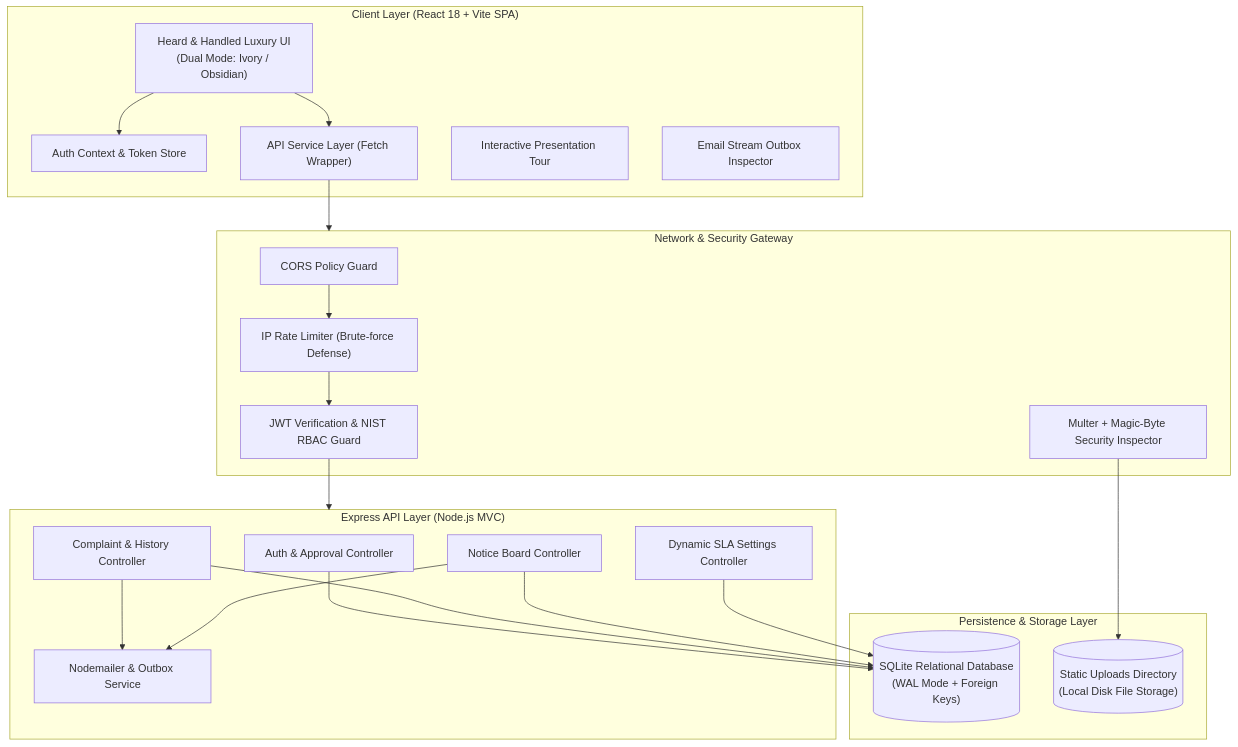
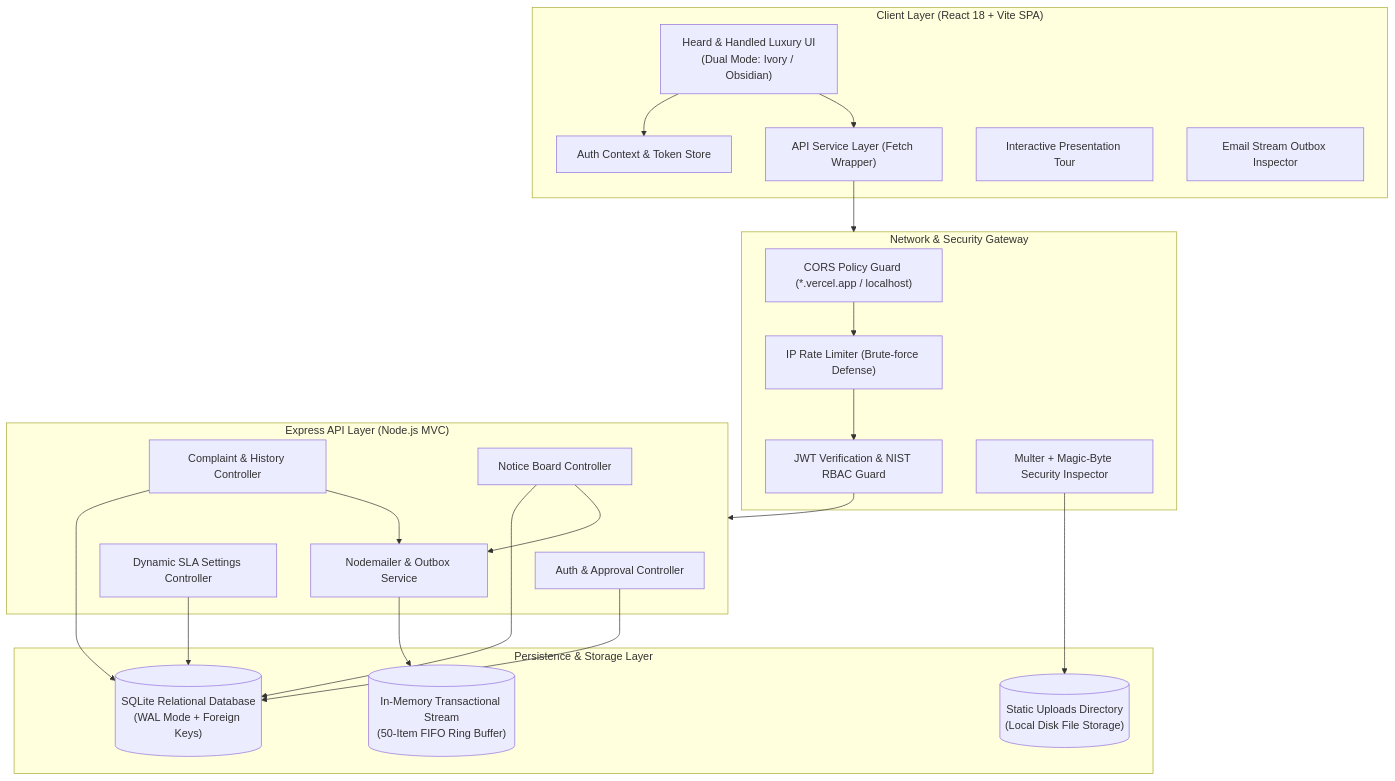
One commit to Ritesh-panda/society-maintenance-tracker changed the first of 8 diagrams in README.md. Above: the diagram before and after it, drawn with Mermaid. The commit also changed other lines of this file, not shown here.

Commit message:
docs: enrich README with complete UML diagram suite (Architecture, Use Case, ERD, State Machine, Activity, and Sequence Diagrams)

````diff
--- a/README.md
+++ b/README.md
@@ -53,45 +61,47 @@
 ```mermaid
 flowchart TD
     subgraph ClientLayer ["Client Layer (React 18 + Vite SPA)"]
         UI["Heard & Handled Luxury UI\n(Dual Mode: Ivory / Obsidian)"]
         AuthContext["Auth Context & Token Store"]
         APIClient["API Service Layer (Fetch Wrapper)"]
         TourGuide["Interactive Presentation Tour"]
         OutboxModal["Email Stream Outbox Inspector"]
     end
 
     subgraph GatewayLayer ["Network & Security Gateway"]
-        CORS["CORS Policy Guard"]
+        CORS["CORS Policy Guard (*.vercel.app / localhost)"]
         RateLimiter["IP Rate Limiter (Brute-force Defense)"]
         AuthGuard["JWT Verification & NIST RBAC Guard"]
         UploadGuard["Multer + Magic-Byte Security Inspector"]
     end
 
     subgraph ServiceLayer ["Express API Layer (Node.js MVC)"]
         AuthCtrl["Auth & Approval Controller"]
         ComplaintCtrl["Complaint & History Controller"]
         NoticeCtrl["Notice Board Controller"]
         SettingsCtrl["Dynamic SLA Settings Controller"]
         EmailService["Nodemailer & Outbox Service"]
     end
 
     subgraph DataLayer ["Persistence & Storage Layer"]
         SQLiteDB[("SQLite Relational Database\n(WAL Mode + Foreign Keys)")]
         DiskStorage[("Static Uploads Directory\n(Local Disk File Storage)")]
+        MemoryOutbox[("In-Memory Transactional Stream\n(50-Item FIFO Ring Buffer)")]
     end
 
     UI --> AuthContext
     UI --> APIClient
     APIClient --> GatewayLayer
 
     CORS --> RateLimiter --> AuthGuard
     AuthGuard --> ServiceLayer
     UploadGuard --> DiskStorage
 
     AuthCtrl --> SQLiteDB
     ComplaintCtrl --> SQLiteDB
     ComplaintCtrl --> EmailService
     NoticeCtrl --> SQLiteDB
     NoticeCtrl --> EmailService
     SettingsCtrl --> SQLiteDB
+    EmailService --> MemoryOutbox
 ```
````
